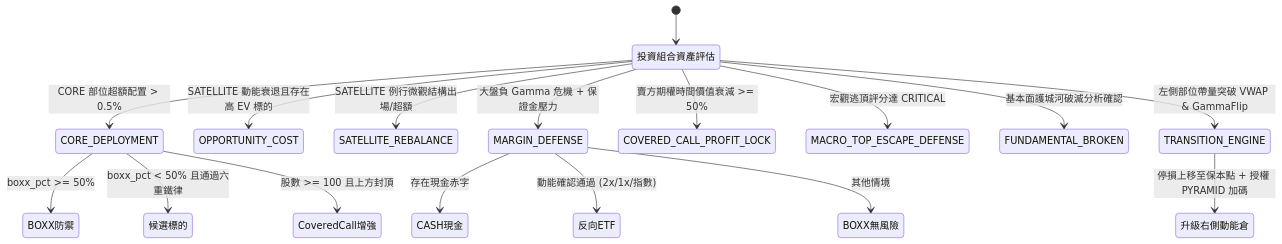
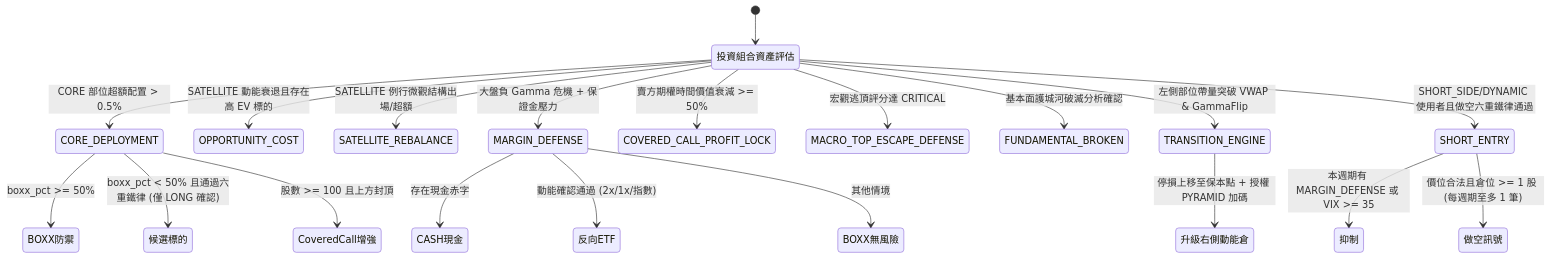
One commit to cosmo-chang-1701/nexus-seeker changed the first of 2 diagrams in docs/strategies/04_dynamic_rollover_state_machine.md. Above: the diagram before and after it, drawn with Mermaid. The commit also changed other lines of this file and 104 other files, not shown here.

````diff
--- a/docs/strategies/04_dynamic_rollover_state_machine.md
+++ b/docs/strategies/04_dynamic_rollover_state_machine.md
@@ -127,23 +137,27 @@
 ```mermaid
 stateDiagram-v2
     [*] --> 投資組合資產評估
 
     投資組合資產評估 --> CORE_DEPLOYMENT: CORE 部位超額配置 > 0.5%
     投資組合資產評估 --> OPPORTUNITY_COST: SATELLITE 動能衰退且存在高 EV 標的
     投資組合資產評估 --> SATELLITE_REBALANCE: SATELLITE 例行微觀結構出場/超額
     投資組合資產評估 --> MARGIN_DEFENSE: 大盤負 Gamma 危機 + 保證金壓力
     投資組合資產評估 --> COVERED_CALL_PROFIT_LOCK: 賣方期權時間價值衰減 >= 50%
     投資組合資產評估 --> MACRO_TOP_ESCAPE_DEFENSE: 宏觀逃頂評分達 CRITICAL
     投資組合資產評估 --> FUNDAMENTAL_BROKEN: 基本面護城河破滅分析確認
     投資組合資產評估 --> TRANSITION_ENGINE: 左側部位帶量突破 VWAP & GammaFlip
+    投資組合資產評估 --> SHORT_ENTRY: SHORT_SIDE/DYNAMIC 使用者且做空六重鐵律通過
 
     CORE_DEPLOYMENT --> BOXX防禦: boxx_pct >= 50%
-    CORE_DEPLOYMENT --> 候選標的: boxx_pct < 50% 且通過六重鐵律
+    CORE_DEPLOYMENT --> 候選標的: boxx_pct < 50% 且通過六重鐵律 (僅 LONG 確認)
     CORE_DEPLOYMENT --> CoveredCall增強: 股數 >= 100 且上方封頂
 
     MARGIN_DEFENSE --> CASH現金: 存在現金赤字
     MARGIN_DEFENSE --> 反向ETF: 動能確認通過 (2x/1x/指數)
     MARGIN_DEFENSE --> BOXX無風險: 其他情境
 
     TRANSITION_ENGINE --> 升級右側動能倉: 停損上移至保本點 + 授權 PYRAMID 加碼
+
+    SHORT_ENTRY --> 抑制: 本週期有 MARGIN_DEFENSE 或 VIX >= 35
+    SHORT_ENTRY --> 做空訊號: 價位合法且倉位 >= 1 股 (每週期至多 1 筆)
 ```
````
